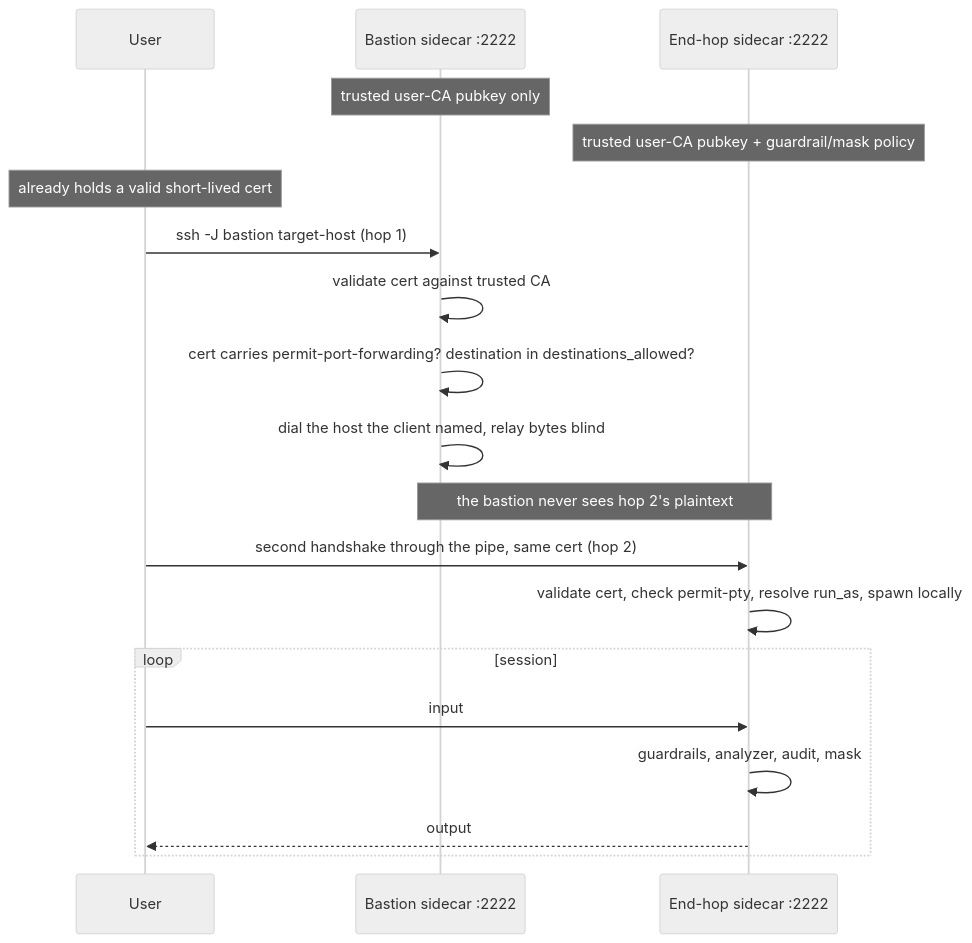
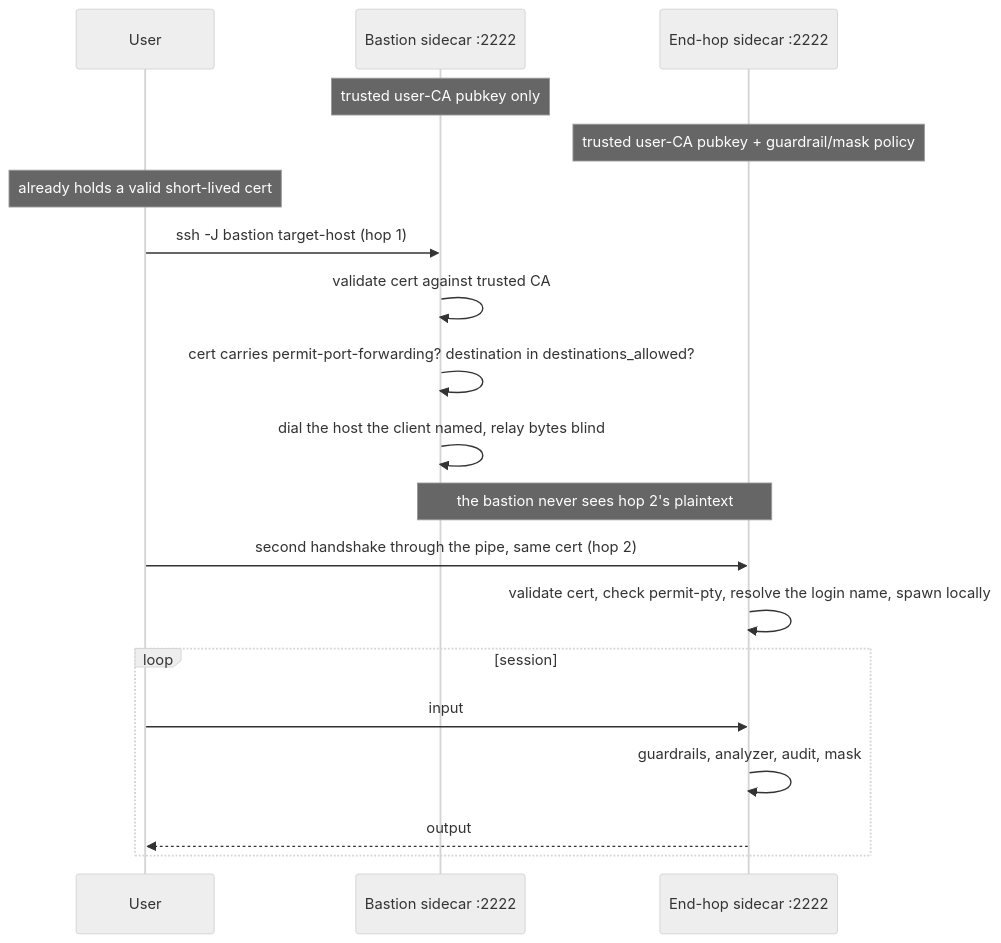
The first of 3 diagrams in docs/adr/0015-ssh-terminates-at-the-sidecar.md (hoophq/hoop), drawn with Mermaid (neutral theme) before and after one commit. The commit also changed other lines of this file and 52 other files, not shown here.

````diff
--- a/docs/adr/0015-ssh-terminates-at-the-sidecar.md
+++ b/docs/adr/0015-ssh-terminates-at-the-sidecar.md
@@ -164,25 +161,25 @@
 ```mermaid
 sequenceDiagram
     participant User
     participant Bastion as Bastion sidecar :2222
     participant Endpoint as End-hop sidecar :2222
 
     Note over Bastion: trusted user-CA pubkey only
     Note over Endpoint: trusted user-CA pubkey + guardrail/mask policy
     Note over User: already holds a valid short-lived cert
 
     User->>Bastion: ssh -J bastion target-host (hop 1)
     Bastion->>Bastion: validate cert against trusted CA
     Bastion->>Bastion: cert carries permit-port-forwarding? destination in destinations_allowed?
     Bastion->>Bastion: dial the host the client named, relay bytes blind
     Note over Bastion,Endpoint: the bastion never sees hop 2's plaintext
 
     User->>Endpoint: second handshake through the pipe, same cert (hop 2)
-    Endpoint->>Endpoint: validate cert, check permit-pty, resolve run_as, spawn locally
+    Endpoint->>Endpoint: validate cert, check permit-pty, resolve the login name, spawn locally
 
     loop session
         User->>Endpoint: input
         Endpoint->>Endpoint: guardrails, analyzer, audit, mask
         Endpoint-->>User: output
     end
 ```
````
